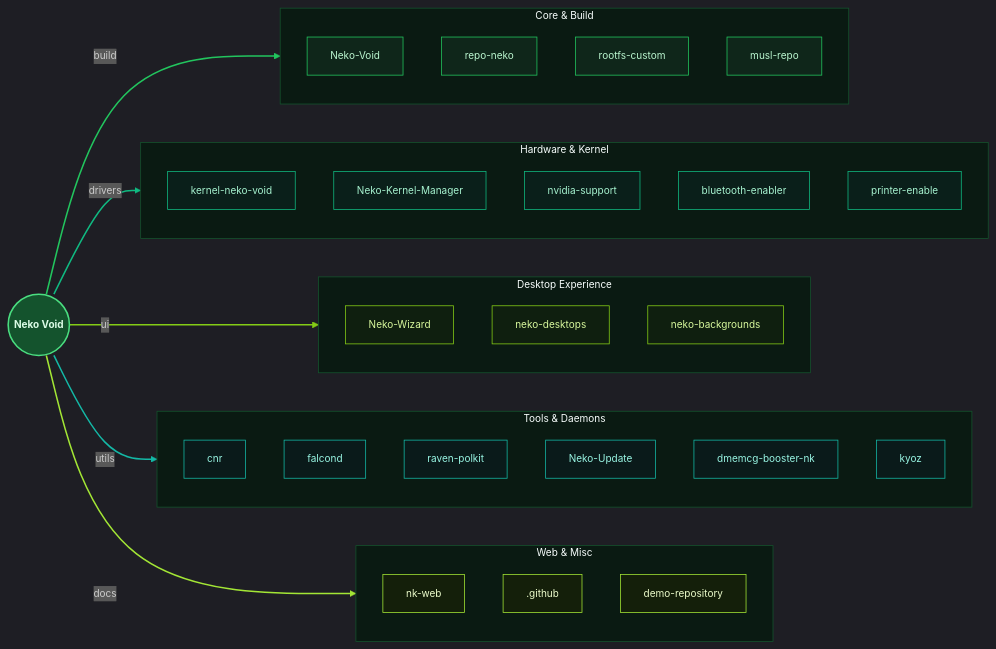
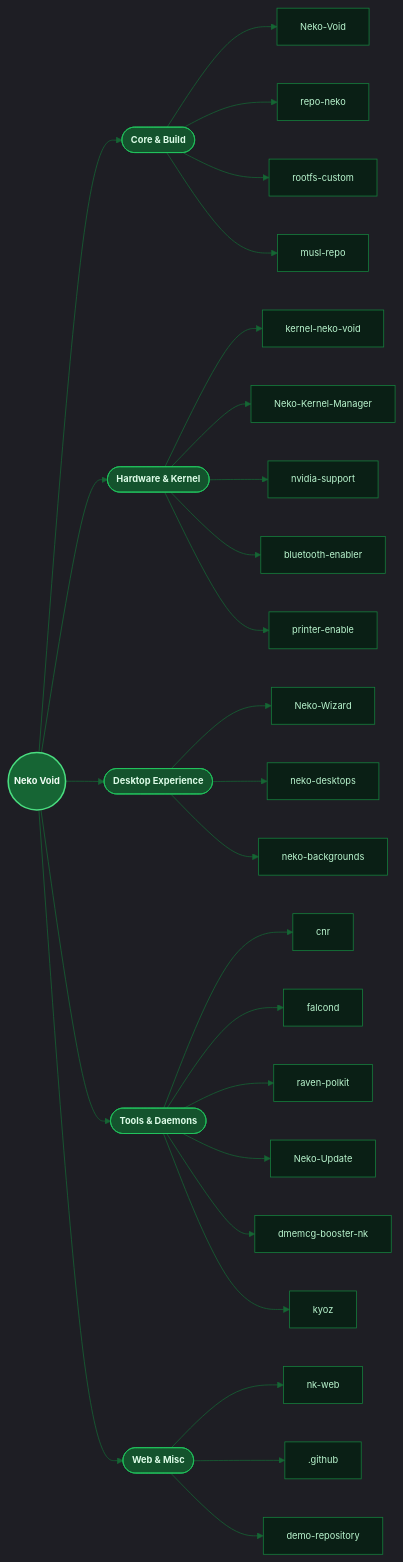
One commit to Neko-Void-Linux/.github changed the diagram in profile/README.md. Above: the diagram before and after it, drawn with Mermaid.

Commit message:
Refactor repository map colors and structure
Updated colors and structure in the repository map diagram.

````diff
--- a/profile/README.md
+++ b/profile/README.md
@@ -27,87 +27,60 @@
 ```mermaid
 %%{init: {'theme': 'dark', 'themeVariables': {
-  'primaryColor': '#0f261a',
-  'primaryTextColor': '#bbf7d0',
+  'primaryColor': '#14532d',
+  'primaryTextColor': '#dcfce7',
   'primaryBorderColor': '#22c55e',
   'lineColor': '#166534',
-  'secondaryColor': '#14532d',
-  'tertiaryColor': '#0f261a',
-  'background': '#070f0b',
-  'mainBkg': '#0f261a',
+  'secondaryColor': '#0f261a',
+  'tertiaryColor': '#0a1a12',
+  'background': '#050d09',
+  'mainBkg': '#14532d',
   'nodeBorder': '#22c55e',
   'clusterBkg': '#0a1a12',
-  'clusterBorder': '#14532d',
+  'clusterBorder': '#166534',
   'fontFamily': 'Inter, -apple-system, sans-serif',
-  'fontSize': '13px'
+  'fontSize': '12px'
 }}}%%
 flowchart LR
 
-    NekoVoid(("Neko Void"))
+    NV(("Neko Void"))
 
-    subgraph CORE["Core & Build"]
-        direction TB
-        Neko-Void["Neko-Void"]
-        repo-neko["repo-neko"]
-        rootfs-custom["rootfs-custom"]
-        musl-repo["musl-repo"]
-    end
+    NV --> C(["Core & Build"])
+    NV --> H(["Hardware & Kernel"])
+    NV --> D(["Desktop Experience"])
+    NV --> T(["Tools & Daemons"])
+    NV --> W(["Web & Misc"])
 
-    subgraph HW["Hardware & Kernel"]
-        direction TB
-        kernel-neko-void["kernel-neko-void"]
-        Neko-Kernel-Manager["Neko-Kernel-Manager"]
-        nvidia-support["nvidia-support"]
-        bluetooth-enabler["bluetooth-enabler"]
-        printer-enable["printer-enable"]
-    end
+    C --> C1["Neko-Void"]
+    C --> C2["repo-neko"]
+    C --> C3["rootfs-custom"]
+    C --> C4["musl-repo"]
 
-    subgraph DESKTOP["Desktop Experience"]
-        direction TB
-        Neko-Wizard["Neko-Wizard"]
-        neko-desktops["neko-desktops"]
-        neko-backgrounds["neko-backgrounds"]
-    end
+    H --> H1["kernel-neko-void"]
+    H --> H2["Neko-Kernel-Manager"]
+    H --> H3["nvidia-support"]
+    H --> H4["bluetooth-enabler"]
+    H --> H5["printer-enable"]
 
-    subgraph TOOLS["Tools & Daemons"]
-        direction TB
-        cnr["cnr"]
-        falcond["falcond"]
-        raven-polkit["raven-polkit"]
-        Neko-Update["Neko-Update"]
-        dmemcg-booster-nk["dmemcg-booster-nk"]
-        kyoz["kyoz"]
-    end
+    D --> D1["Neko-Wizard"]
+    D --> D2["neko-desktops"]
+    D --> D3["neko-backgrounds"]
 
-    subgraph WEB["Web & Misc"]
-        direction TB
-        nk-web["nk-web"]
-        github[".github"]
-        demo-repository["demo-repository"]
-    end
+    T --> T1["cnr"]
+    T --> T2["falcond"]
+    T --> T3["raven-polkit"]
+    T --> T4["Neko-Update"]
+    T --> T5["dmemcg-booster-nk"]
+    T --> T6["kyoz"]
 
-    NekoVoid -->|build| CORE
-    NekoVoid -->|drivers| HW
-    NekoVoid -->|ui| DESKTOP
-    NekoVoid -->|utils| TOOLS
-    NekoVoid -->|docs| WEB
+    W --> W1["nk-web"]
+    W --> W2[".github"]
+    W --> W3["demo-repository"]
 
-    classDef core fill:#0f261a,stroke:#22c55e,stroke-width:1px,color:#bbf7d0
-    classDef hw fill:#0a1f1a,stroke:#10b981,stroke-width:1px,color:#a7f3d0
-    classDef desktop fill:#0f1f0f,stroke:#84cc16,stroke-width:1px,color:#d9f99d
-    classDef tools fill:#0a1a1a,stroke:#14b8a6,stroke-width:1px,color:#99f6e4
-    classDef web fill:#141f0a,stroke:#a3e635,stroke-width:1px,color:#ecfccb
-    classDef center fill:#14532d,stroke:#4ade80,stroke-width:2px,color:#dcfce7,font-weight:bold
+    classDef center fill:#166534,stroke:#4ade80,stroke-width:2px,color:#f0fdf4,font-weight:bold
+    classDef cat fill:#14532d,stroke:#22c55e,stroke-width:1px,color:#dcfce7,font-weight:bold
+    classDef repo fill:#0a1f15,stroke:#15803d,stroke-width:1px,color:#bbf7d0
 
-    class Neko-Void,repo-neko,rootfs-custom,musl-repo core
-    class kernel-neko-void,Neko-Kernel-Manager,nvidia-support,bluetooth-enabler,printer-enable hw
-    class Neko-Wizard,neko-desktops,neko-backgrounds desktop
-    class cnr,falcond,raven-polkit,Neko-Update,dmemcg-booster-nk,kyoz tools
-    class nk-web,github,demo-repository web
-    class NekoVoid center
-
-    linkStyle 0 stroke:#22c55e,stroke-width:2px
-    linkStyle 1 stroke:#10b981,stroke-width:2px
-    linkStyle 2 stroke:#84cc16,stroke-width:2px
-    linkStyle 3 stroke:#14b8a6,stroke-width:2px
-    linkStyle 4 stroke:#a3e635,stroke-width:2px
+    class NV center
+    class C,H,D,T,W cat
+    class C1,C2,C3,C4,H1,H2,H3,H4,H5,D1,D2,D3,T1,T2,T3,T4,T5,T6,W1,W2,W3 repo
 ```
````
